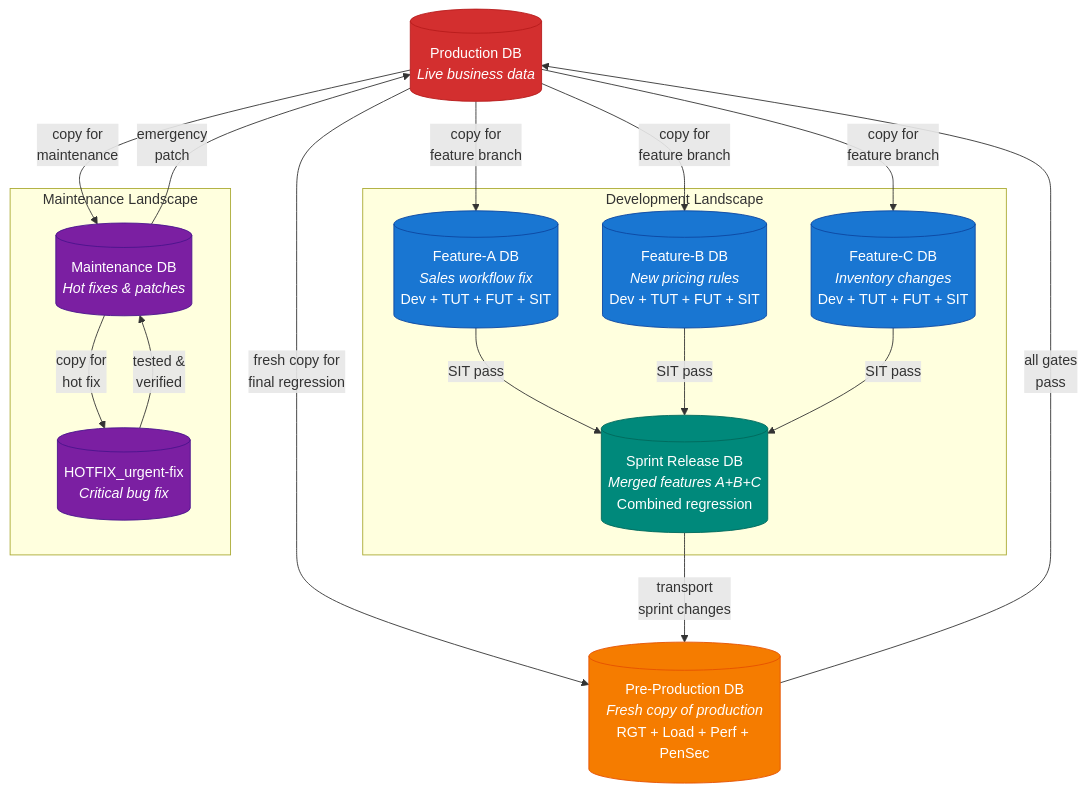
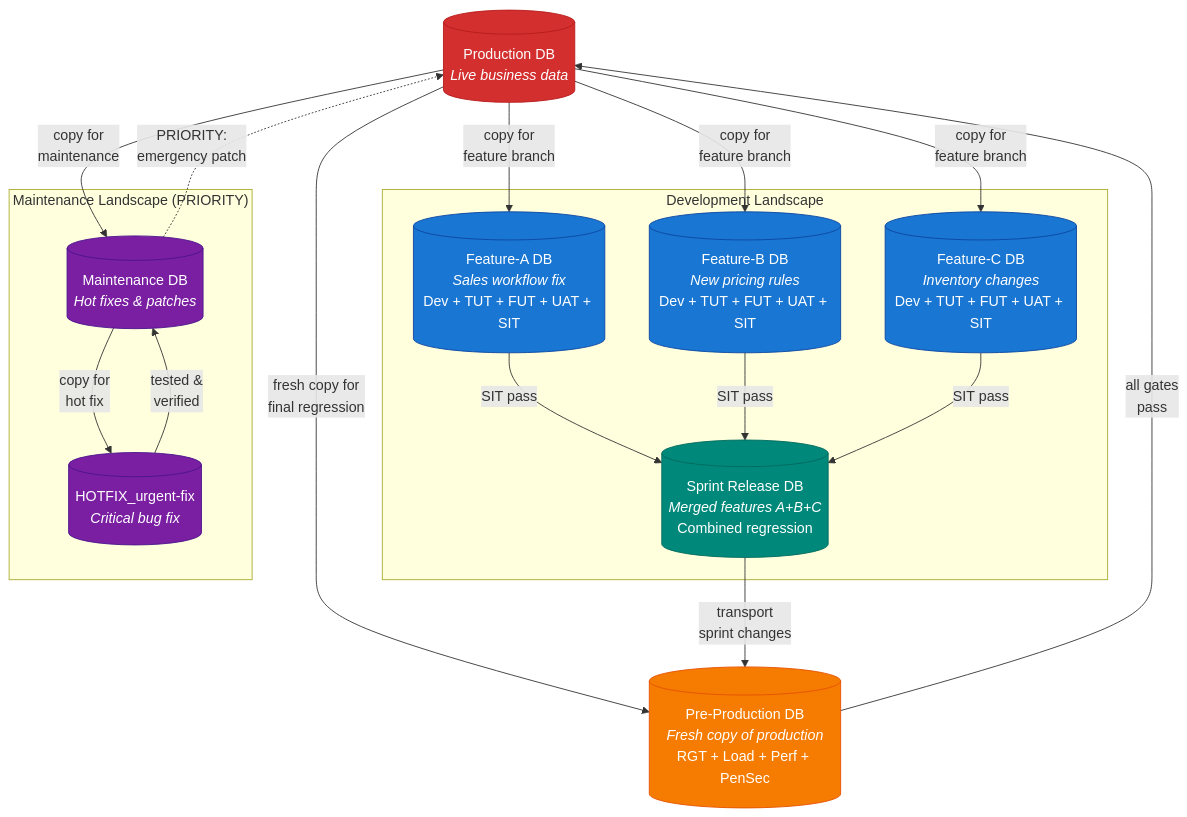
The first of 13 diagrams in README.md (BACON-AI-CLOUD/bacon-ai-odoo-mcp), drawn with Mermaid before and after one commit. The commit also changed other lines of this file, not shown here.

First line of the commit message:
docs: add maintenance priority, transport conflict resolution, shift-left UAT, and book reference

````diff
--- a/README.md
+++ b/README.md
@@ -41,45 +41,45 @@
 ```mermaid
 graph TB
     PROD[(Production DB<br/><i>Live business data</i>)]
 
-    subgraph "Development Landscape"
-        SIT1[(Feature-A DB<br/><i>Sales workflow fix</i><br/>Dev + TUT + FUT + SIT)]
-        SIT2[(Feature-B DB<br/><i>New pricing rules</i><br/>Dev + TUT + FUT + SIT)]
-        SIT3[(Feature-C DB<br/><i>Inventory changes</i><br/>Dev + TUT + FUT + SIT)]
+    subgraph DEV ["Development Landscape"]
+        SIT1[(Feature-A DB<br/><i>Sales workflow fix</i><br/>Dev + TUT + FUT + UAT + SIT)]
+        SIT2[(Feature-B DB<br/><i>New pricing rules</i><br/>Dev + TUT + FUT + UAT + SIT)]
+        SIT3[(Feature-C DB<br/><i>Inventory changes</i><br/>Dev + TUT + FUT + UAT + SIT)]
         SPRINT[(Sprint Release DB<br/><i>Merged features A+B+C</i><br/>Combined regression)]
     end
 
     PREPROD[(Pre-Production DB<br/><i>Fresh copy of production</i><br/>RGT + Load + Perf + PenSec)]
 
-    subgraph "Maintenance Landscape"
+    subgraph MAINT_LS ["Maintenance Landscape (PRIORITY)"]
         MAINT[(Maintenance DB<br/><i>Hot fixes & patches</i>)]
         HOTFIX[(HOTFIX_urgent-fix<br/><i>Critical bug fix</i>)]
     end
 
     PROD -- "copy for<br/>feature branch" --> SIT1
     PROD -- "copy for<br/>feature branch" --> SIT2
     PROD -- "copy for<br/>feature branch" --> SIT3
 
     SIT1 -- "SIT pass" --> SPRINT
     SIT2 -- "SIT pass" --> SPRINT
     SIT3 -- "SIT pass" --> SPRINT
 
     PROD -- "fresh copy for<br/>final regression" --> PREPROD
     SPRINT -- "transport<br/>sprint changes" --> PREPROD
 
     PREPROD -- "all gates<br/>pass" --> PROD
 
     PROD -- "copy for<br/>maintenance" --> MAINT
     MAINT -- "copy for<br/>hot fix" --> HOTFIX
     HOTFIX -- "tested &<br/>verified" --> MAINT
-    MAINT -- "emergency<br/>patch" --> PROD
+    MAINT -. "PRIORITY:<br/>emergency patch" .-> PROD
 
     style PROD fill:#d32f2f,color:#fff,stroke:#b71c1c
     style PREPROD fill:#f57c00,color:#fff,stroke:#e65100
     style SIT1 fill:#1976d2,color:#fff,stroke:#0d47a1
     style SIT2 fill:#1976d2,color:#fff,stroke:#0d47a1
     style SIT3 fill:#1976d2,color:#fff,stroke:#0d47a1
     style SPRINT fill:#00897b,color:#fff,stroke:#00695c
     style MAINT fill:#7b1fa2,color:#fff,stroke:#4a148c
     style HOTFIX fill:#7b1fa2,color:#fff,stroke:#4a148c
 ```
````
